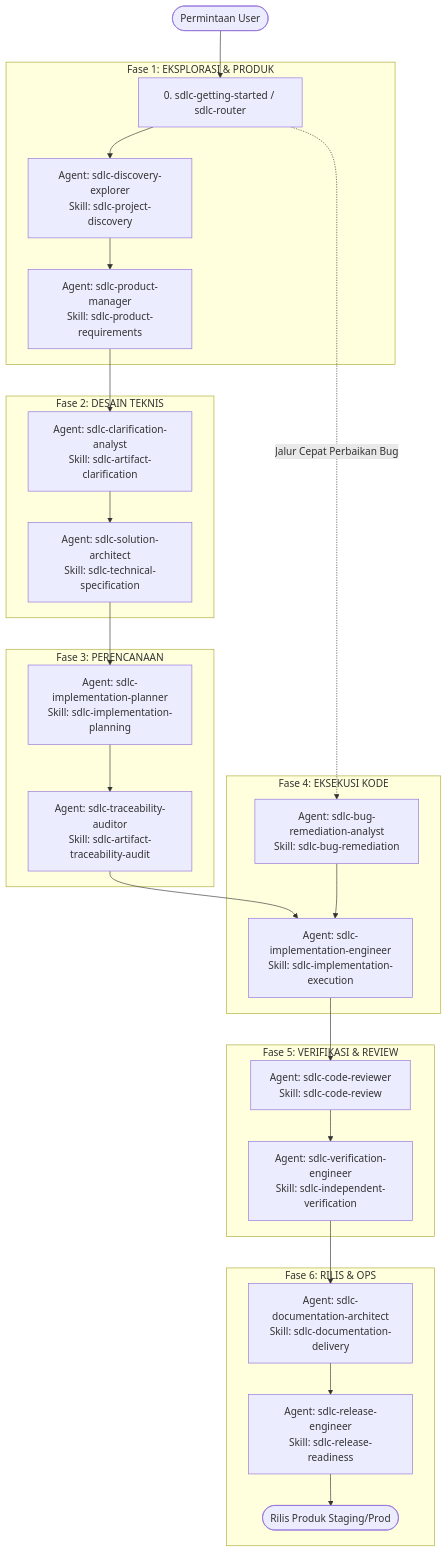
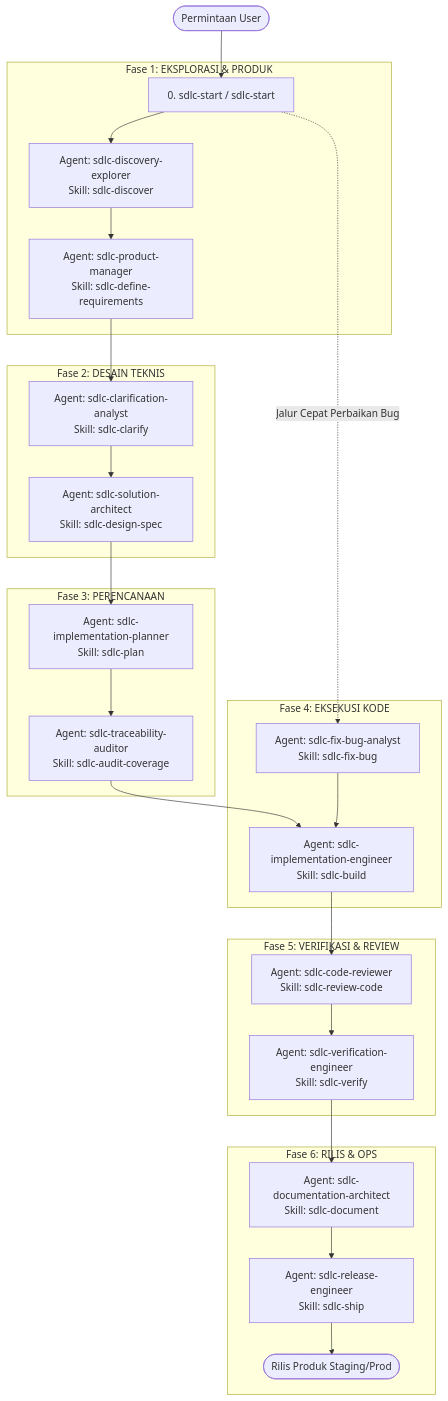
Before and after one commit to coderbuzz/agent-toolkit: the diagram in README.id.md, drawn with Mermaid. The commit also changed other lines of this file and 716 other files, not shown here.

````diff
--- a/README.id.md
+++ b/README.id.md
@@ -78,36 +78,36 @@
 ```mermaid
 flowchart TD
-    Start([Permintaan User]) --> Router["0. sdlc-getting-started / sdlc-router"]
+    Start([Permintaan User]) --> Router["0. sdlc-start / sdlc-start"]
     
     subgraph Fase 1: EKSPLORASI & PRODUK
-        Router --> Explorer["Agent: sdlc-discovery-explorer\nSkill: sdlc-project-discovery"]
-        Explorer --> PM["Agent: sdlc-product-manager\nSkill: sdlc-product-requirements"]
+        Router --> Explorer["Agent: sdlc-discovery-explorer\nSkill: sdlc-discover"]
+        Explorer --> PM["Agent: sdlc-product-manager\nSkill: sdlc-define-requirements"]
     end
     
     subgraph Fase 2: DESAIN TEKNIS
-        PM --> Clarify["Agent: sdlc-clarification-analyst\nSkill: sdlc-artifact-clarification"]
-        Clarify --> Architect["Agent: sdlc-solution-architect\nSkill: sdlc-technical-specification"]
+        PM --> Clarify["Agent: sdlc-clarification-analyst\nSkill: sdlc-clarify"]
+        Clarify --> Architect["Agent: sdlc-solution-architect\nSkill: sdlc-design-spec"]
     end
     
     subgraph Fase 3: PERENCANAAN
-        Architect --> Planner["Agent: sdlc-implementation-planner\nSkill: sdlc-implementation-planning"]
-        Planner --> Auditor["Agent: sdlc-traceability-auditor\nSkill: sdlc-artifact-traceability-audit"]
+        Architect --> Planner["Agent: sdlc-implementation-planner\nSkill: sdlc-plan"]
+        Planner --> Auditor["Agent: sdlc-traceability-auditor\nSkill: sdlc-audit-coverage"]
     end
     
     subgraph Fase 4: EKSEKUSI KODE
-        Auditor --> Engineer["Agent: sdlc-implementation-engineer\nSkill: sdlc-implementation-execution"]
-        Router -. Jalur Cepat Perbaikan Bug .-> BugAnalyst["Agent: sdlc-bug-remediation-analyst\nSkill: sdlc-bug-remediation"]
+        Auditor --> Engineer["Agent: sdlc-implementation-engineer\nSkill: sdlc-build"]
+        Router -. Jalur Cepat Perbaikan Bug .-> BugAnalyst["Agent: sdlc-fix-bug-analyst\nSkill: sdlc-fix-bug"]
         BugAnalyst --> Engineer
     end
     
     subgraph Fase 5: VERIFIKASI & REVIEW
-        Engineer --> Reviewer["Agent: sdlc-code-reviewer\nSkill: sdlc-code-review"]
-        Reviewer --> Verifier["Agent: sdlc-verification-engineer\nSkill: sdlc-independent-verification"]
+        Engineer --> Reviewer["Agent: sdlc-code-reviewer\nSkill: sdlc-review-code"]
+        Reviewer --> Verifier["Agent: sdlc-verification-engineer\nSkill: sdlc-verify"]
     end
     
     subgraph Fase 6: RILIS & OPS
-        Verifier --> DocArch["Agent: sdlc-documentation-architect\nSkill: sdlc-documentation-delivery"]
-        DocArch --> ReleaseEng["Agent: sdlc-release-engineer\nSkill: sdlc-release-readiness"]
+        Verifier --> DocArch["Agent: sdlc-documentation-architect\nSkill: sdlc-document"]
+        DocArch --> ReleaseEng["Agent: sdlc-release-engineer\nSkill: sdlc-ship"]
         ReleaseEng --> Done([Rilis Produk Staging/Prod])
     end
 ```
````
